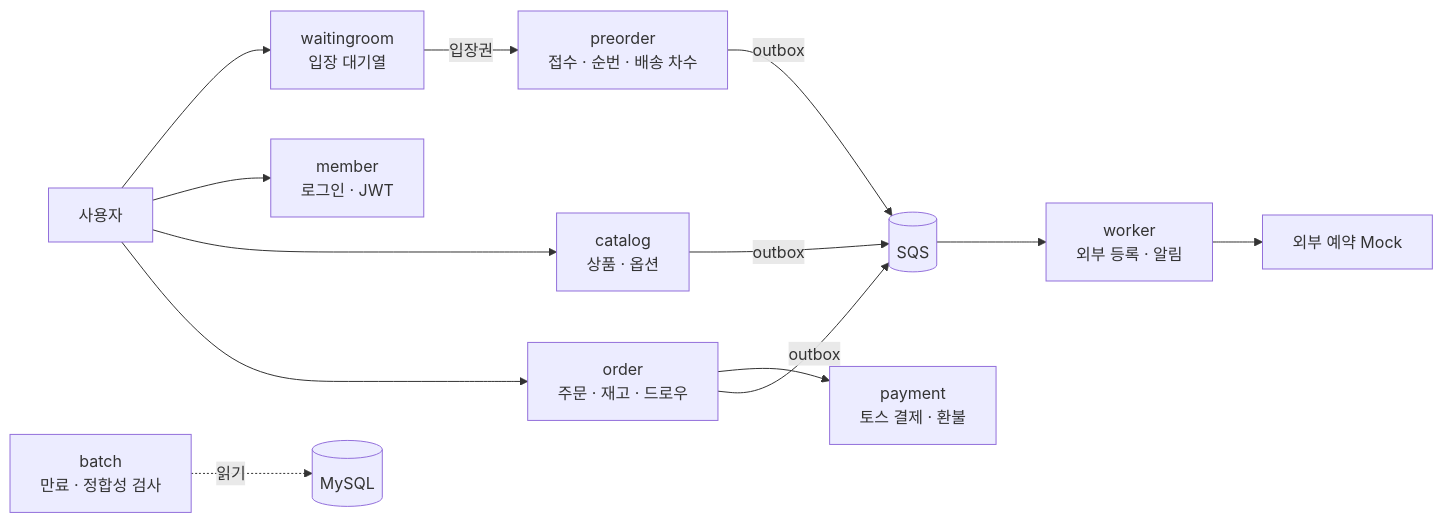
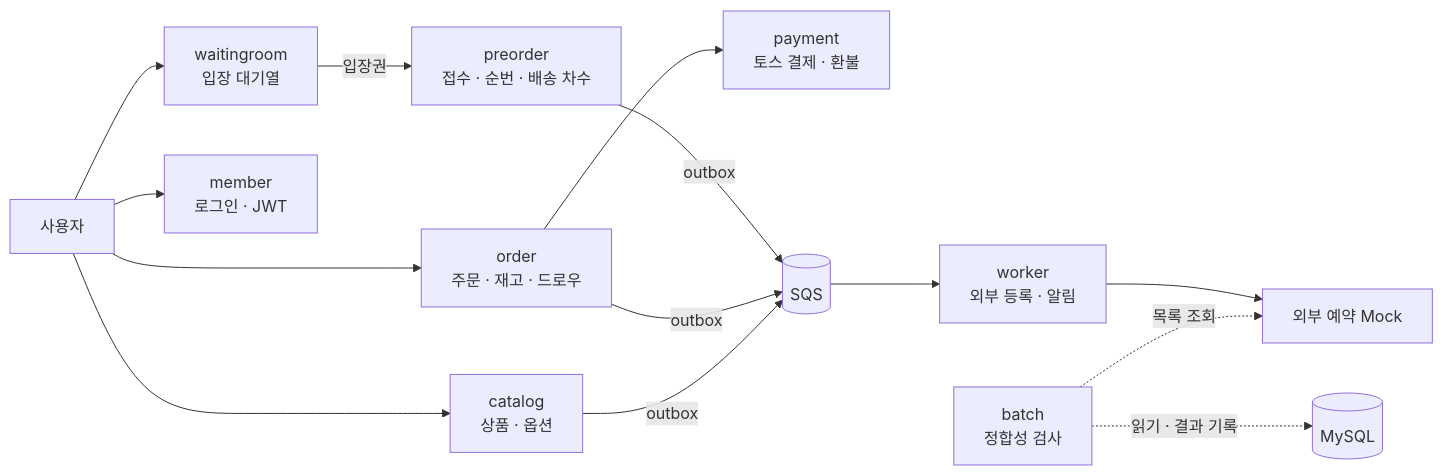
Before and after one commit to Grandis-2/be: the first of 3 diagrams in README.md, drawn with Mermaid. The commit also changed other lines of this file and 1 other file, not shown here.

Commit message:
docs(NV-442): README 소유 표와 CodeRabbit 경계 규칙에 정합성 결과 테이블을 반영한다

````diff
--- a/README.md
+++ b/README.md
@@ -53,17 +53,18 @@
 ```mermaid
 flowchart LR
     U[사용자] --> WR[waitingroom<br/>입장 대기열]
     WR -- 입장권 --> PO[preorder<br/>접수 · 순번 · 배송 차수]
     U --> M[member<br/>로그인 · JWT]
     U --> C[catalog<br/>상품 · 옵션]
     U --> O[order<br/>주문 · 재고 · 드로우]
     O --> P[payment<br/>토스 결제 · 환불]
 
     PO -- outbox --> Q[(SQS)]
     O -- outbox --> Q
     C -- outbox --> Q
     Q --> W[worker<br/>외부 등록 · 알림]
     W --> X[외부 예약 Mock]
 
-    B[batch<br/>만료 · 정합성 검사] -.읽기.-> DB[(MySQL)]
+    B[batch<br/>정합성 검사] -.읽기 · 결과 기록.-> DB[(MySQL)]
+    B -.목록 조회.-> X
 ```
````
